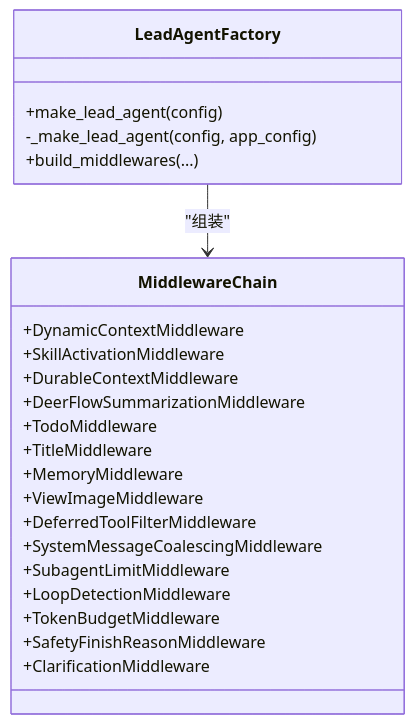
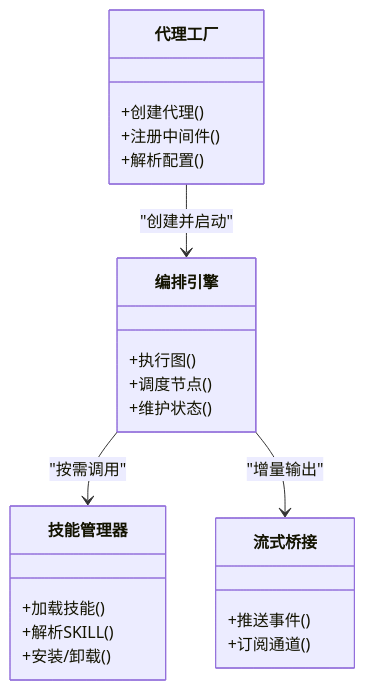
One commit to xfbyxq/deer-flow changed the third of 6 diagrams in .qoder/repowiki/zh/content/项目概述/项目概述.md. Above: the diagram before and after it, drawn with Mermaid. The commit also changed other lines of this file and 621 other files, not shown here.

````diff
--- a/.qoder/repowiki/zh/content/项目概述/项目概述.md
+++ b/.qoder/repowiki/zh/content/项目概述/项目概述.md
@@ -122,26 +221,25 @@
 ```mermaid
 classDiagram
-class LeadAgentFactory {
-+make_lead_agent(config)
--_make_lead_agent(config, app_config)
-+build_middlewares(...)
+class 代理工厂 {
++创建代理()
++注册中间件()
++解析配置()
 }
-class MiddlewareChain {
-+DynamicContextMiddleware
-+SkillActivationMiddleware
-+DurableContextMiddleware
-+DeerFlowSummarizationMiddleware
-+TodoMiddleware
-+TitleMiddleware
-+MemoryMiddleware
-+ViewImageMiddleware
-+DeferredToolFilterMiddleware
-+SystemMessageCoalescingMiddleware
-+SubagentLimitMiddleware
-+LoopDetectionMiddleware
-+TokenBudgetMiddleware
-+SafetyFinishReasonMiddleware
-+ClarificationMiddleware
+class 编排引擎 {
++执行图()
++调度节点()
++维护状态()
 }
-LeadAgentFactory --> MiddlewareChain : "组装"
+class 技能管理器 {
++加载技能()
++解析SKILL()
++安装/卸载()
+}
+class 流式桥接 {
++推送事件()
++订阅通道()
+}
+代理工厂 --> 编排引擎 : "创建并启动"
+编排引擎 --> 技能管理器 : "按需调用"
+编排引擎 --> 流式桥接 : "增量输出"
 ```
````
